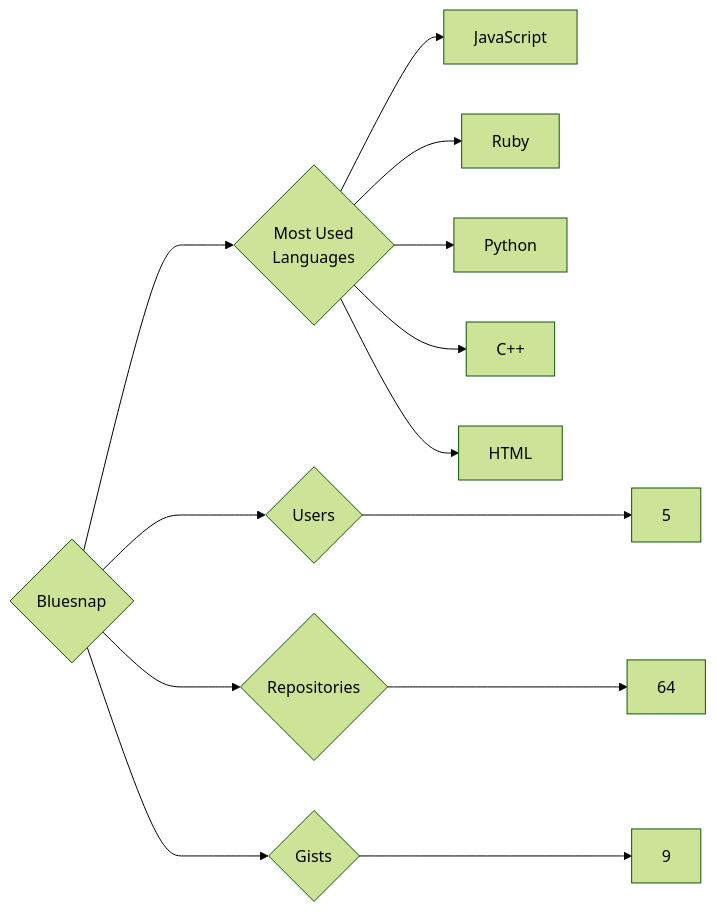
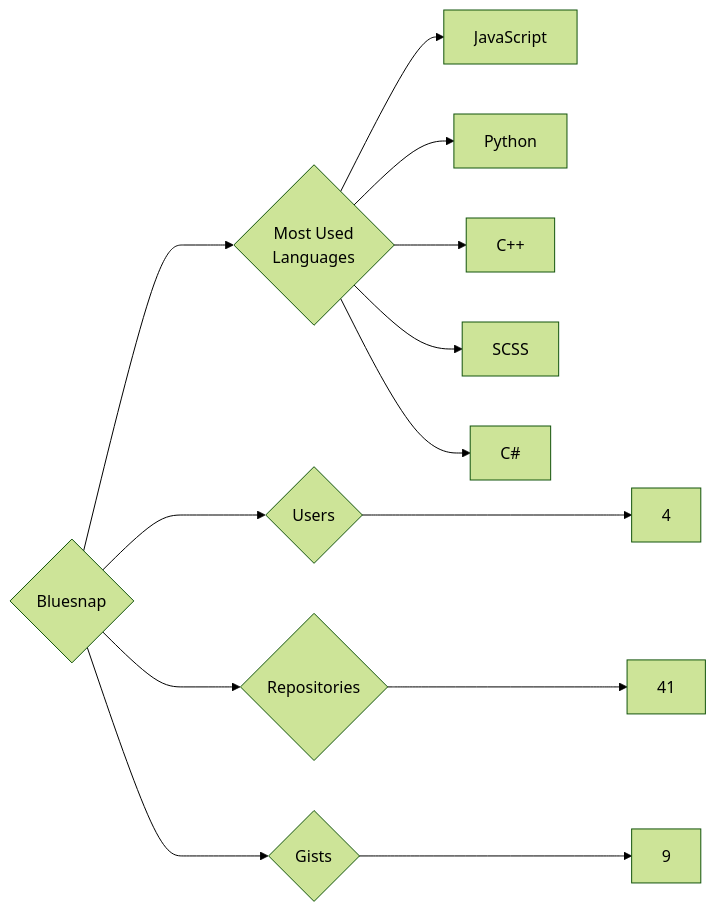
One commit to trickest/insiders changed the diagram in targets/Bluesnap/README.md. Above: the diagram before and after it, drawn with Mermaid (forest theme). The commit also changed 934 other files, not shown here.

````diff
--- a/targets/Bluesnap/README.md
+++ b/targets/Bluesnap/README.md
@@ -3,13 +3,13 @@
 ```mermaid
 graph LR
 COMPANY_NAME{Bluesnap}
-COMPANY_NAME ---> U{Users} ---> UN[5]
-COMPANY_NAME ---> R{Repositories} ---> RN[64]
+COMPANY_NAME ---> U{Users} ---> UN[4]
+COMPANY_NAME ---> R{Repositories} ---> RN[41]
 COMPANY_NAME ---> G{Gists} ---> GN[9]
 COMPANY_NAME ---> ML{Most Used<br>Languages}
 ML --> JavaScript[JavaScript]
-ML --> Ruby[Ruby]
 ML --> Python[Python]
 ML --> C++[C++]
-ML --> HTML[HTML]
+ML --> SCSS[SCSS]
+ML --> C#[C#]
 ```
````
